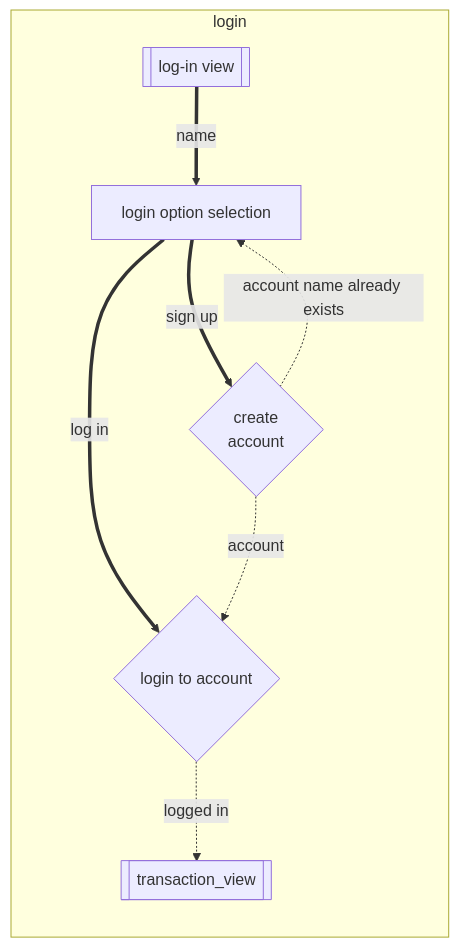
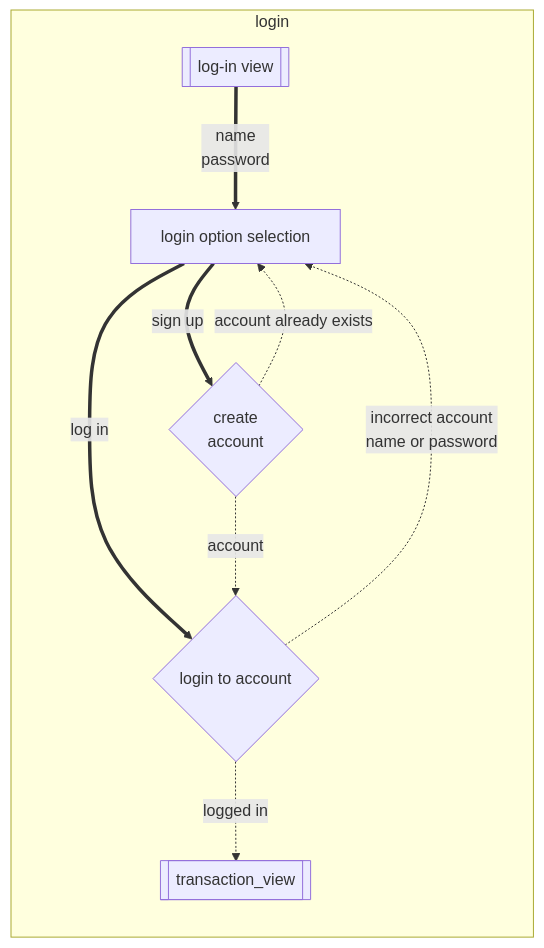
Before and after one commit to NarekVeranyan05/point_of_sale: the first of 3 diagrams in flows.md, drawn with Mermaid. The commit also changed other lines of this file and 27 other files, not shown here.

````diff
--- a/flows.md
+++ b/flows.md
@@ -13,20 +13,22 @@
 ```mermaid
 flowchart LR
     subgraph login 
     login_view[[log-in view]]
     login_option_selection[login option selection]
     create_account{create <br> account}
     login_to_account{login to account}
     transaction_view[[transaction_view]]
 
-    login_view == name ==> login_option_selection
+    login_view == name \n password ==> login_option_selection
 
     login_option_selection == sign up ==> create_account
     login_option_selection == log in ==> login_to_account
 
-    create_account -. account name already exists .-> login_option_selection
+    create_account -. account already exists .-> login_option_selection
     create_account -. account .-> login_to_account
 
     login_to_account -. logged in .-> transaction_view
+
+    login_to_account -. incorrect account \n name or password .-> login_option_selection
 end
 ```
````
